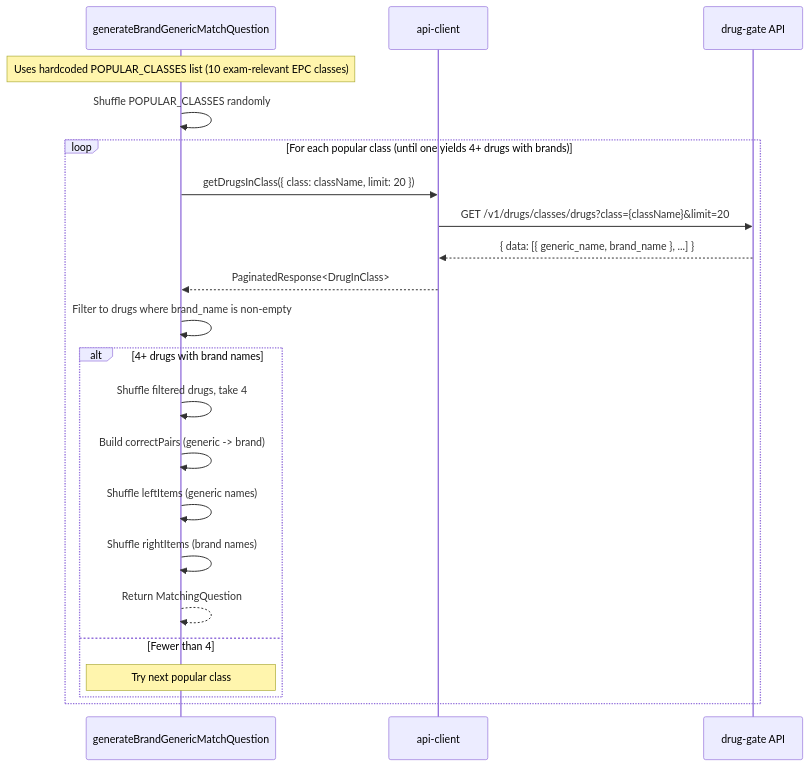
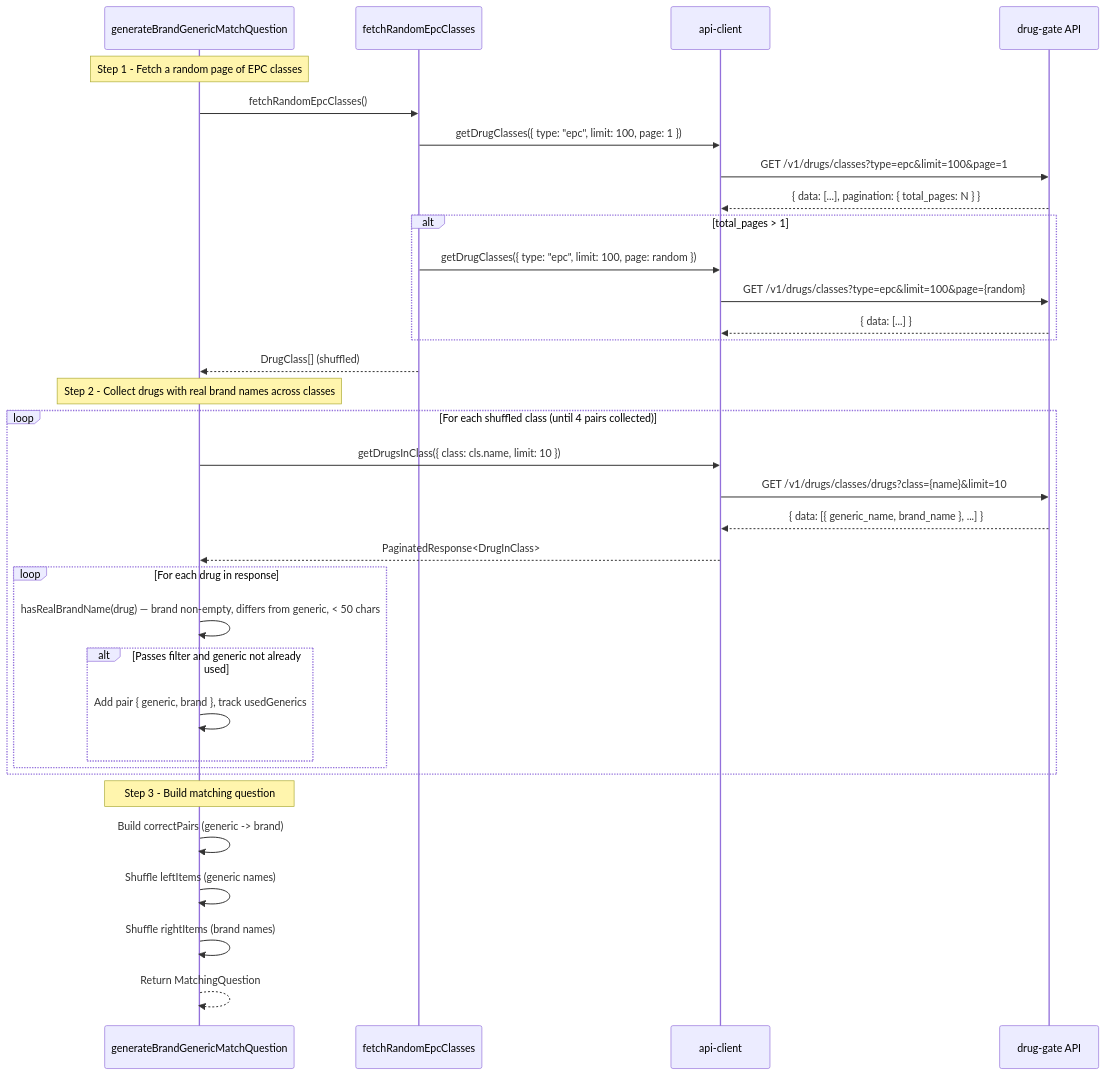
One commit to finish06/drugs-quiz changed the fourth of 5 diagrams in docs/sequence-diagram.md. Above: the diagram before and after it, drawn with Mermaid. The commit also changed other lines of this file and 2 other files, not shown here.

First line of the commit message:
docs: update sequence diagrams for pagination-aware generators

````diff
--- a/docs/sequence-diagram.md
+++ b/docs/sequence-diagram.md
@@ -150,27 +154,40 @@
 ```mermaid
 sequenceDiagram
     participant Gen as generateBrandGenericMatchQuestion
+    participant Fetch as fetchRandomEpcClasses
     participant API as api-client
     participant DrugGate as drug-gate API
 
-    Note over Gen: Uses hardcoded POPULAR_CLASSES list (10 exam-relevant EPC classes)
-    Gen->>Gen: Shuffle POPULAR_CLASSES randomly
+    Note over Gen: Step 1 - Fetch a random page of EPC classes
+    Gen->>Fetch: fetchRandomEpcClasses()
+    Fetch->>API: getDrugClasses({ type: "epc", limit: 100, page: 1 })
+    API->>DrugGate: GET /v1/drugs/classes?type=epc&limit=100&page=1
+    DrugGate-->>API: { data: [...], pagination: { total_pages: N } }
+    alt total_pages > 1
+        Fetch->>API: getDrugClasses({ type: "epc", limit: 100, page: random })
+        API->>DrugGate: GET /v1/drugs/classes?type=epc&limit=100&page={random}
+        DrugGate-->>API: { data: [...] }
+    end
+    Fetch-->>Gen: DrugClass[] (shuffled)
 
-    loop For each popular class (until one yields 4+ drugs with brands)
-        Gen->>API: getDrugsInClass({ class: className, limit: 20 })
-        API->>DrugGate: GET /v1/drugs/classes/drugs?class={className}&limit=20
+    Note over Gen: Step 2 - Collect drugs with real brand names across classes
+    loop For each shuffled class (until 4 pairs collected)
+        Gen->>API: getDrugsInClass({ class: cls.name, limit: 10 })
+        API->>DrugGate: GET /v1/drugs/classes/drugs?class={name}&limit=10
         DrugGate-->>API: { data: [{ generic_name, brand_name }, ...] }
         API-->>Gen: PaginatedResponse<DrugInClass>
 
-        Gen->>Gen: Filter to drugs where brand_name is non-empty
-        alt 4+ drugs with brand names
-            Gen->>Gen: Shuffle filtered drugs, take 4
-            Gen->>Gen: Build correctPairs (generic -> brand)
-            Gen->>Gen: Shuffle leftItems (generic names)
-            Gen->>Gen: Shuffle rightItems (brand names)
-            Gen-->>Gen: Return MatchingQuestion
-        else Fewer than 4
-            Note over Gen: Try next popular class
+        loop For each drug in response
+            Gen->>Gen: hasRealBrandName(drug) — brand non-empty, differs from generic, < 50 chars
+            alt Passes filter and generic not already used
+                Gen->>Gen: Add pair { generic, brand }, track usedGenerics
+            end
         end
     end
+
+    Note over Gen: Step 3 - Build matching question
+    Gen->>Gen: Build correctPairs (generic -> brand)
+    Gen->>Gen: Shuffle leftItems (generic names)
+    Gen->>Gen: Shuffle rightItems (brand names)
+    Gen-->>Gen: Return MatchingQuestion
 ```
````
